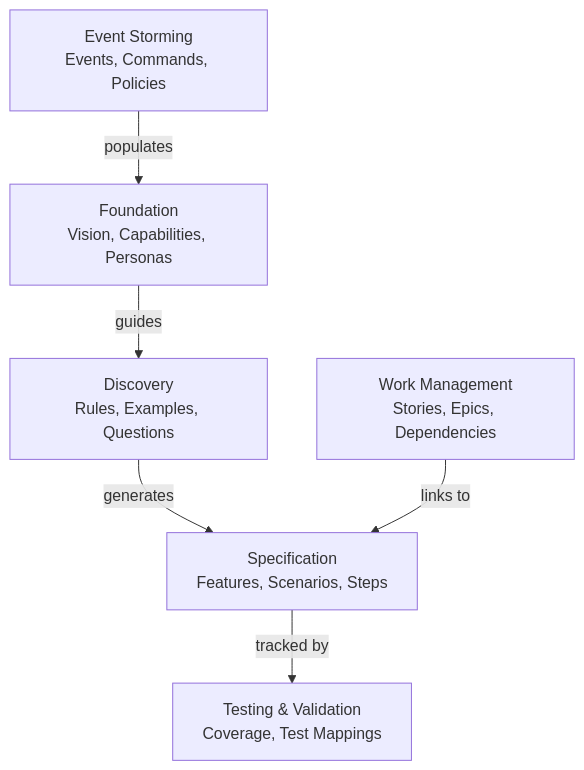
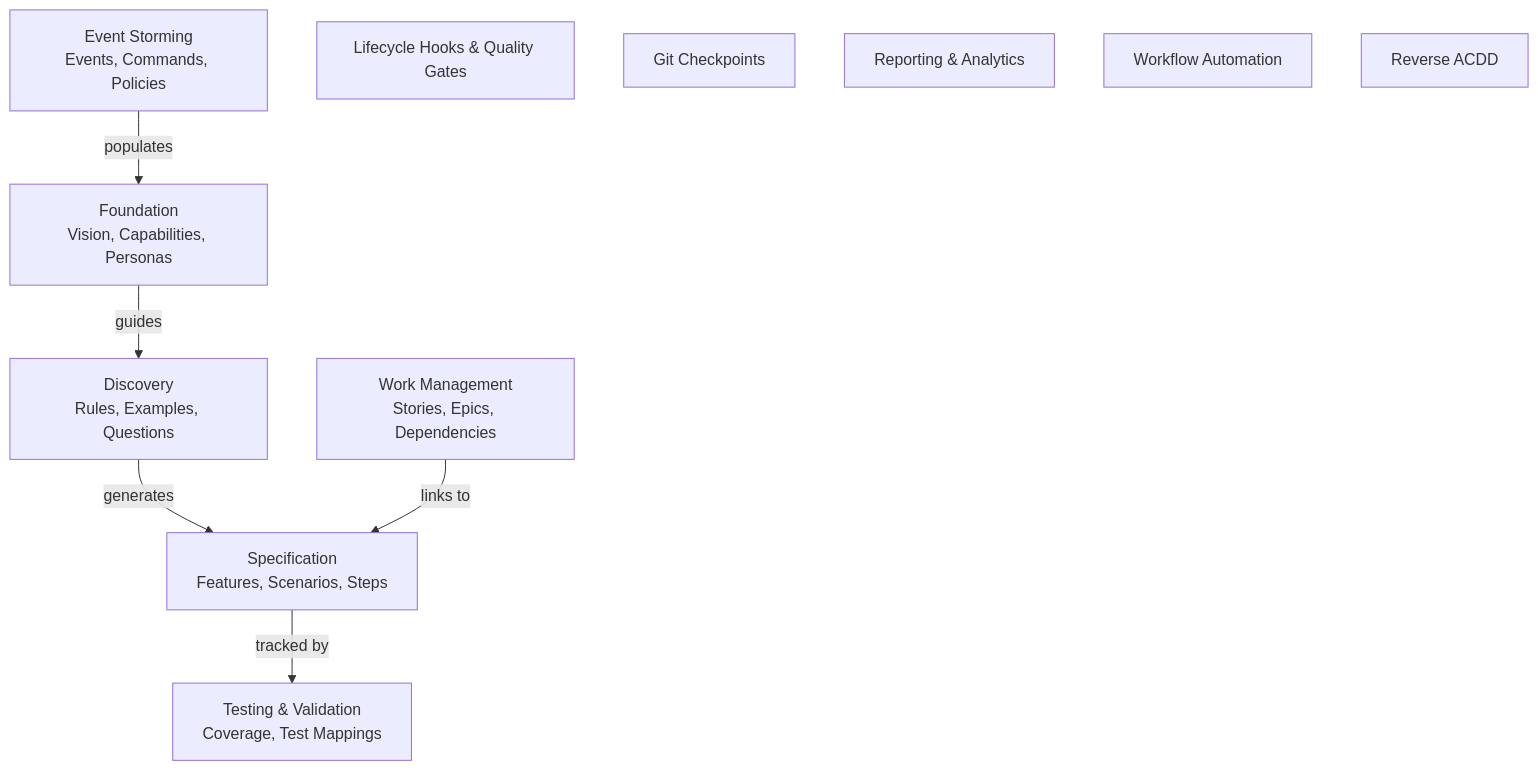
One commit to sengac/fspec changed the first of 12 diagrams in spec/FOUNDATION.md. Above: the diagram before and after it, drawn with Mermaid. The commit also changed other lines of this file and 365 other files, not shown here.

Commit message:
feat(cli): port add-aggregate, add-capability, add-command, add-dependencies, add-diagram, add-domain-event, add-example, add-persona, add-policy, add-question, add-rule, and other add-* commands to Rust with canonical.rs refactor

````diff
--- a/spec/FOUNDATION.md
+++ b/spec/FOUNDATION.md
@@ -99,15 +104,20 @@
 ```mermaid
 graph TB
   BC1["Work Management<br/>Stories, Epics, Dependencies"]
   BC2["Specification<br/>Features, Scenarios, Steps"]
   BC3["Discovery<br/>Rules, Examples, Questions"]
   BC4["Event Storming<br/>Events, Commands, Policies"]
   BC5["Foundation<br/>Vision, Capabilities, Personas"]
   BC6["Testing & Validation<br/>Coverage, Test Mappings"]
+  BC7["Lifecycle Hooks & Quality Gates"]
+  BC8["Git Checkpoints"]
+  BC9["Reporting & Analytics"]
+  BC10["Workflow Automation"]
+  BC11["Reverse ACDD"]
 
   BC3 -->|generates| BC2
   BC1 -->|links to| BC2
   BC2 -->|tracked by| BC6
   BC4 -->|populates| BC5
   BC5 -->|guides| BC3
 ```
````
